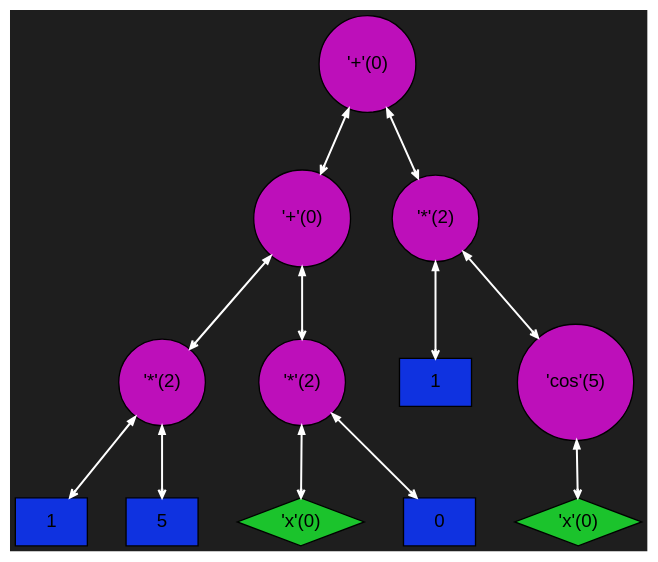
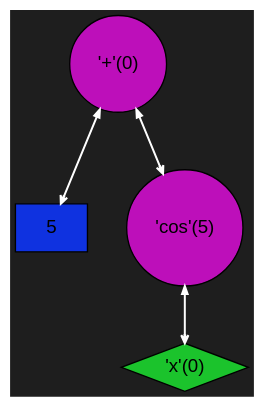
Before and after one commit to Kabuto-Mainer/Diff: the diagram in Dump/BinTree/graph.dot, drawn with Graphviz. The commit also changed 13 other files, not shown here.

```diff
--- a/Dump/BinTree/graph.dot
+++ b/Dump/BinTree/graph.dot
@@ -1,33 +1,17 @@
 digraph {
   rankdir=UD;
   bgcolor="#1e1e1e"
   nodesep=0.4;
   ranksep=0.6;
   node [shape=plaintext, style=filled, fontname="Helvetica"];
   edge [arrowhead=vee, arrowsize=0.6, penwidth=1.2];
 
-block_0x5040000005d0 [shape=box, style=filled, fillcolor="#0f32e0ff", label="1"];
-block_0x504000000590 [shape=box, style=filled, fillcolor="#0f32e0ff", label="5"];
-block_0x504000000610 [shape=circle, style=filled, fillcolor="#bd0fbaff", label="'*'(2)"];
-block_0x504000000510 [shape=diamond, style=filled, fillcolor="#1bc32cff", label="'x'(0)"];
-block_0x5040000004d0 [shape=box, style=filled, fillcolor="#0f32e0ff", label="0"];
-block_0x504000000550 [shape=circle, style=filled, fillcolor="#bd0fbaff", label="'*'(2)"];
-block_0x504000000650 [shape=circle, style=filled, fillcolor="#bd0fbaff", label="'+'(0)"];
-block_0x504000000490 [shape=box, style=filled, fillcolor="#0f32e0ff", label="1"];
+block_0x504000000610 [shape=box, style=filled, fillcolor="#0f32e0ff", label="5"];
 block_0x5040000003d0 [shape=diamond, style=filled, fillcolor="#1bc32cff", label="'x'(0)"];
 block_0x504000000410 [shape=circle, style=filled, fillcolor="#bd0fbaff", label="'cos'(5)"];
-block_0x504000000450 [shape=circle, style=filled, fillcolor="#bd0fbaff", label="'*'(2)"];
 block_0x504000000690 [shape=circle, style=filled, fillcolor="#bd0fbaff", label="'+'(0)"];
-block_0x504000000610 -> block_0x504000000590 [color="#fefefeff", penwidth = 1.5, arrowsize = 0.6, constraint = true, dir = both];
-block_0x504000000610 -> block_0x5040000005d0 [color="#ffffffff", penwidth = 1.5, arrowsize = 0.6, constraint = true, dir = both];
-block_0x504000000550 -> block_0x5040000004d0 [color="#fefefeff", penwidth = 1.5, arrowsize = 0.6, constraint = true, dir = both];
-block_0x504000000550 -> block_0x504000000510 [color="#ffffffff", penwidth = 1.5, arrowsize = 0.6, constraint = true, dir = both];
-block_0x504000000650 -> block_0x504000000550 [color="#fefefeff", penwidth = 1.5, arrowsize = 0.6, constraint = true, dir = both];
-block_0x504000000650 -> block_0x504000000610 [color="#ffffffff", penwidth = 1.5, arrowsize = 0.6, constraint = true, dir = both];
 block_0x504000000410 -> block_0x5040000003d0 [color="#fefefeff", penwidth = 1.5, arrowsize = 0.6, constraint = true, dir = both];
-block_0x504000000450 -> block_0x504000000410 [color="#fefefeff", penwidth = 1.5, arrowsize = 0.6, constraint = true, dir = both];
-block_0x504000000450 -> block_0x504000000490 [color="#ffffffff", penwidth = 1.5, arrowsize = 0.6, constraint = true, dir = both];
-block_0x504000000690 -> block_0x504000000450 [color="#fefefeff", penwidth = 1.5, arrowsize = 0.6, constraint = true, dir = both];
-block_0x504000000690 -> block_0x504000000650 [color="#ffffffff", penwidth = 1.5, arrowsize = 0.6, constraint = true, dir = both];
+block_0x504000000690 -> block_0x504000000410 [color="#fefefeff", penwidth = 1.5, arrowsize = 0.6, constraint = true, dir = both];
+block_0x504000000690 -> block_0x504000000610 [color="#ffffffff", penwidth = 1.5, arrowsize = 0.6, constraint = true, dir = both];
 
 }
```
